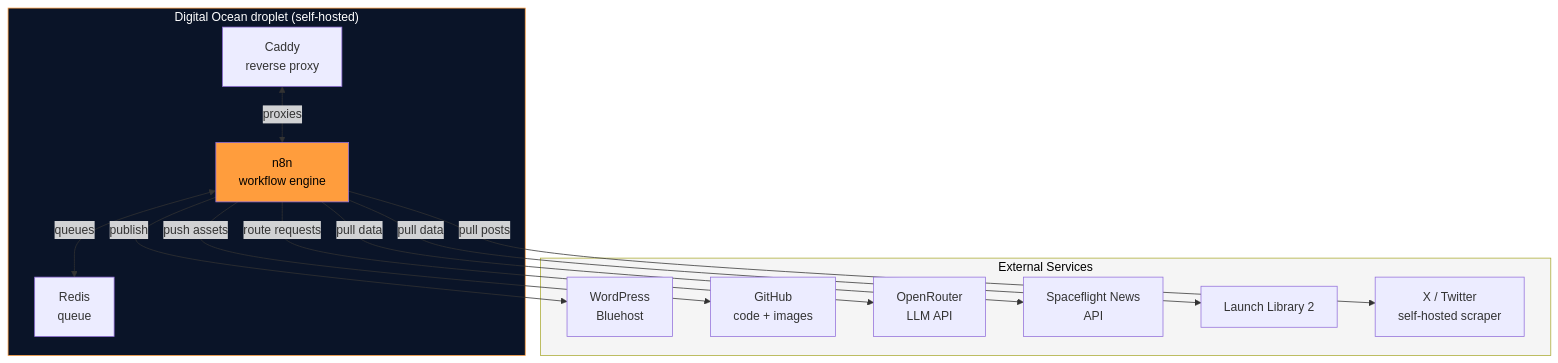
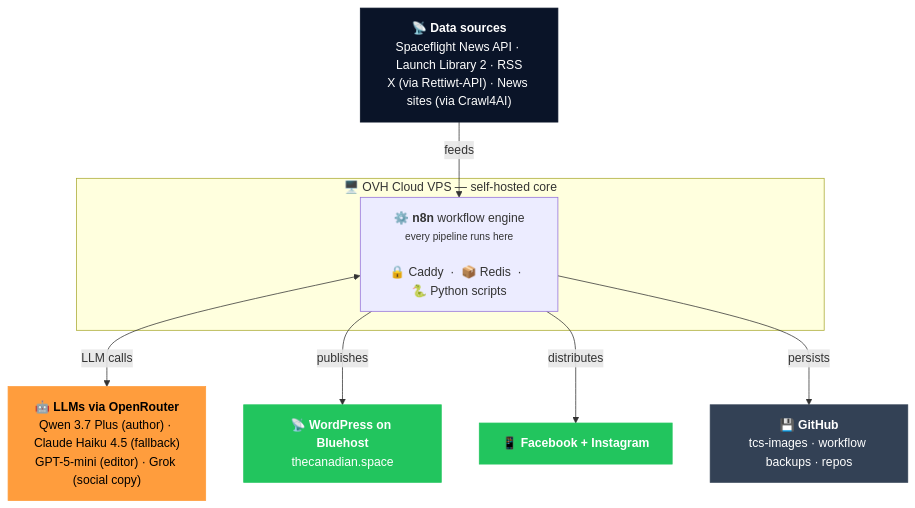
The diagram in docs/technology/infrastructure.md (The-Canadian-Space/tcs-public-wiki), drawn with Mermaid before and after one commit. The commit also changed other lines of this file and 7 other files, not shown here.

First line of the commit message:
docs: refresh AI model roster, name our scrapers, fix VPS host + infra diagram

````diff
--- a/docs/technology/infrastructure.md
+++ b/docs/technology/infrastructure.md
@@ -9,30 +9,29 @@
 ```mermaid
 graph TB
-    subgraph DO["Digital Ocean droplet (self-hosted)"]
-        N8N["n8n<br/>workflow engine"]
-        R["Redis<br/>queue"]
-        C["Caddy<br/>reverse proxy"]
-        N8N <-->|"queues"| R
-        C <-->|"proxies"| N8N
+    Data["📡 <b>Data sources</b><br/>Spaceflight News API · Launch Library 2 · RSS<br/>X (via Rettiwt-API) · News sites (via Crawl4AI)"]
+
+    subgraph OVH["🖥️ OVH Cloud VPS — self-hosted core"]
+        Core["⚙️ <b>n8n</b> workflow engine<br/><small>every pipeline runs here</small><br/><br/>🔒 Caddy &nbsp;·&nbsp; 📦 Redis &nbsp;·&nbsp; 🐍 Python scripts"]
     end
 
-    subgraph External["External Services"]
-        WP["WordPress<br/>Bluehost"]
-        GH["GitHub<br/>code + images"]
-        OR["OpenRouter<br/>LLM API"]
-        SNAPI["Spaceflight News<br/>API"]
-        LL2["Launch Library 2"]
-        X["X / Twitter<br/>self-hosted scraper"]
-    end
+    LLM["🤖 <b>LLMs via OpenRouter</b><br/>Qwen 3.7 Plus (author) · Claude Haiku 4.5 (fallback)<br/>GPT-5-mini (editor) · Grok (social copy)"]
 
-    N8N -->|"publish"| WP
-    N8N -->|"route requests"| OR
-    N8N -->|"pull data"| SNAPI
-    N8N -->|"pull data"| LL2
-    N8N -->|"pull posts"| X
-    N8N -->|"push assets"| GH
+    WP["📡 <b>WordPress on Bluehost</b><br/>thecanadian.space"]
+    Social["📱 <b>Facebook + Instagram</b>"]
+    GH["💾 <b>GitHub</b><br/>tcs-images · workflow backups · repos"]
 
-    style DO fill:#0A1428,color:#fff,stroke:#FF9D3D
-    style External fill:#f5f5f5,color:#000
-    style N8N fill:#FF9D3D,color:#000
+    Data -->|feeds| Core
+    Core <-->|LLM calls| LLM
+    Core -->|publishes| WP
+    Core -->|distributes| Social
+    Core -->|persists| GH
+
+    classDef input fill:#0A1428,color:#fff,stroke:#0A1428
+    classDef ai fill:#FF9D3D,color:#000,stroke:#FF9D3D
+    classDef out fill:#22C55E,color:#fff,stroke:#22C55E
+    classDef store fill:#334155,color:#fff,stroke:#334155
+    class Data input
+    class LLM ai
+    class WP,Social out
+    class GH store
 ```
````
